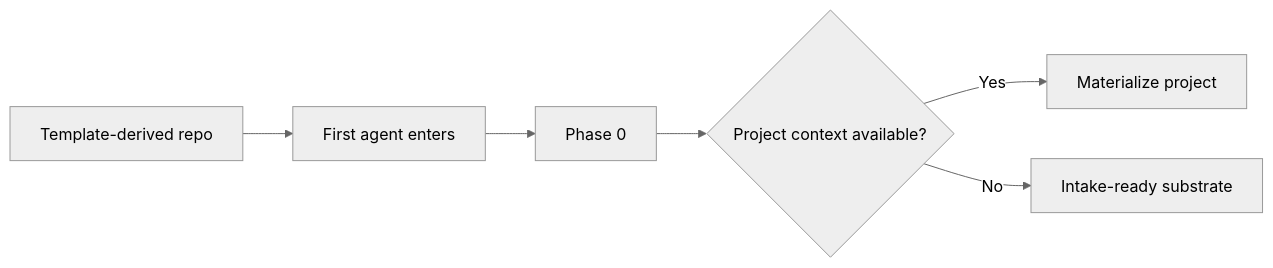
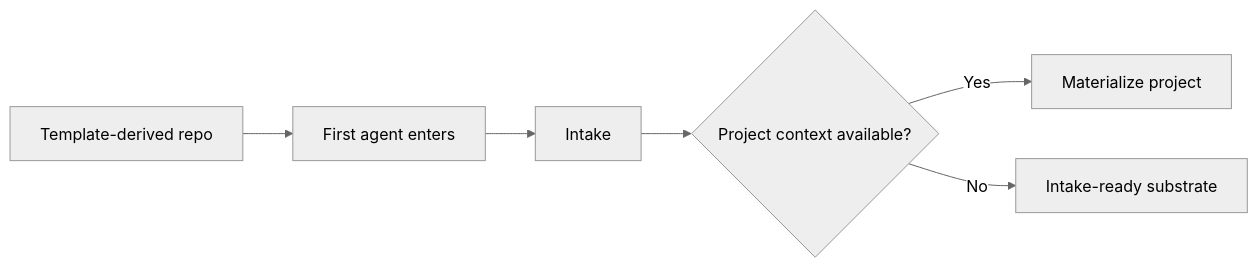
Before and after one commit to Daniel-T-S-Adams/AI-repo-template: the diagram in docs/GETTING-STARTED.md, drawn with Mermaid (neutral theme). The commit also changed other lines of this file and 49 other files, not shown here.

First line of the commit message:
feat: slot-based context architecture and AI review pipeline (#1)

````diff
--- a/docs/GETTING-STARTED.md
+++ b/docs/GETTING-STARTED.md
@@ -42,8 +41,8 @@
 ```mermaid
 flowchart LR
     A[Template-derived repo] --> B[First agent enters]
-    B --> C[Phase 0]
+    B --> C[Intake]
     C --> D{Project context available?}
     D -->|Yes| E[Materialize project]
     D -->|No| F[Intake-ready substrate]
 ```
````
